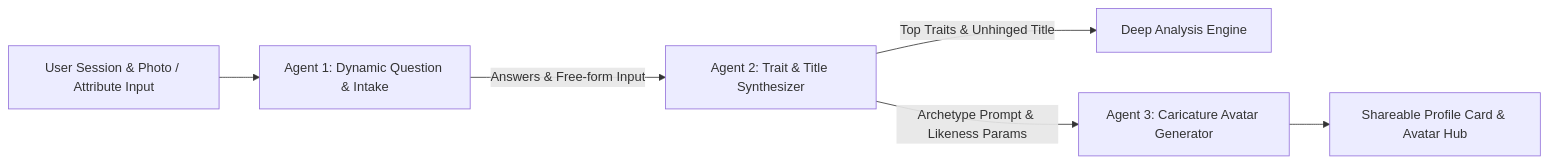
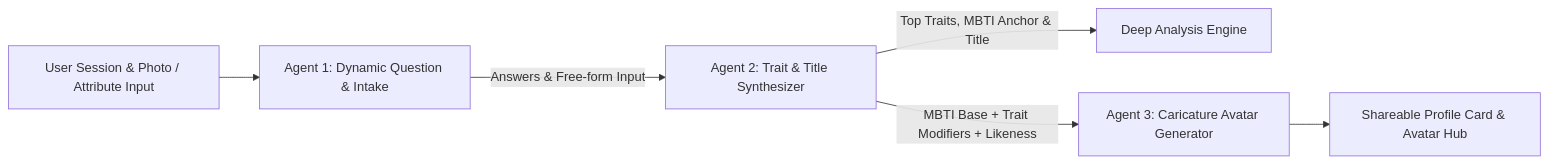
Before and after one commit to scottsimenel/jac-hacks-sf: the diagram in docs/PRD.md, drawn with Mermaid. The commit also changed other lines of this file and 1 other file, not shown here.

Commit message:
docs: define 3-layer MBTI base + trait overlay + likeness avatar stack

````diff
--- a/docs/PRD.md
+++ b/docs/PRD.md
@@ -34,8 +34,8 @@
 ```mermaid
 graph LR
     User[User Session & Photo / Attribute Input] --> Agent1[Agent 1: Dynamic Question & Intake]
     Agent1 -->|Answers & Free-form Input| Agent2[Agent 2: Trait & Title Synthesizer]
-    Agent2 -->|Top Traits & Unhinged Title| Deep[Deep Analysis Engine]
-    Agent2 -->|Archetype Prompt & Likeness Params| Agent3[Agent 3: Caricature Avatar Generator]
+    Agent2 -->|Top Traits, MBTI Anchor & Title| Deep[Deep Analysis Engine]
+    Agent2 -->|MBTI Base + Trait Modifiers + Likeness| Agent3[Agent 3: Caricature Avatar Generator]
     Agent3 --> Card[Shareable Profile Card & Avatar Hub]
 ```
````
